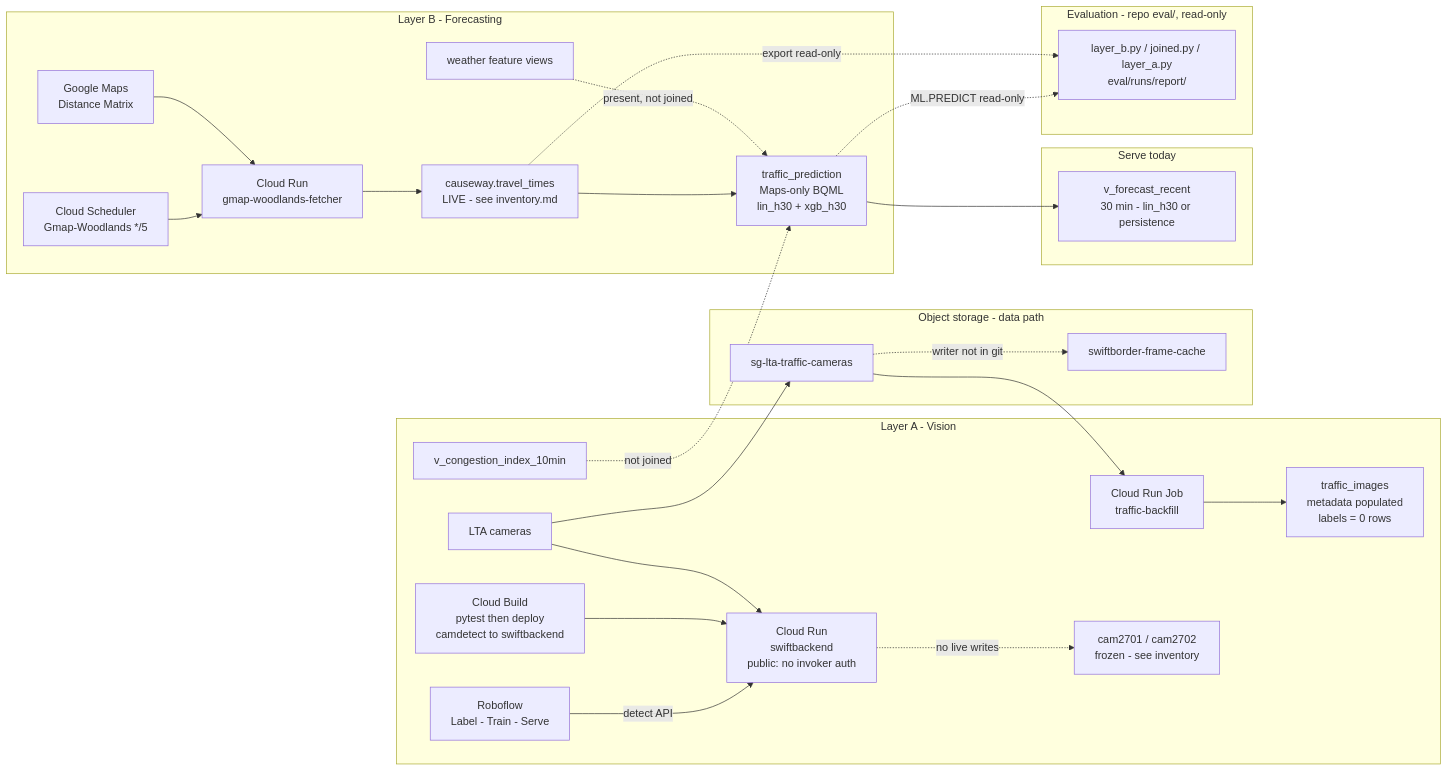
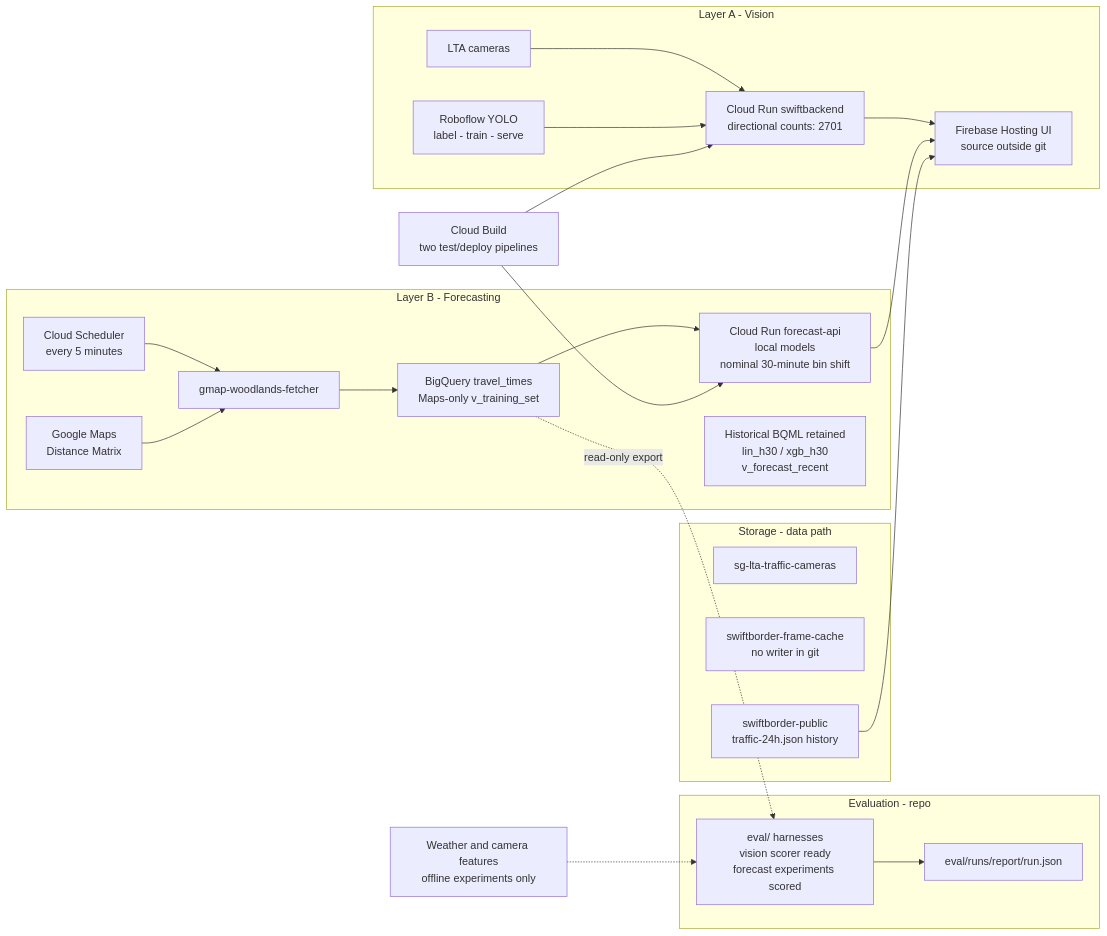
One commit to sozuken-max/swiftborder changed the first of 2 diagrams in docs/architecture.md. Above: the diagram before and after it, drawn with Mermaid. The commit also changed other lines of this file and 16 other files, not shown here.

First line of the commit message:
docs: final-report readiness review, inventory refresh, regenerated deck PNGs

````diff
--- a/docs/architecture.md
+++ b/docs/architecture.md
@@ -39,52 +39,28 @@
 ```mermaid
 flowchart LR
   subgraph LA["Layer A - Vision"]
-    LTA["LTA cameras"]
-    ROB["Roboflow<br/>Label - Train - Serve"]
-    GH["Cloud Build<br/>pytest then deploy<br/>camdetect to swiftbackend"]
-    SB["Cloud Run<br/>swiftbackend<br/>public: no invoker auth"]
-    JBF["Cloud Run Job<br/>traffic-backfill"]
-    TI["traffic_images<br/>metadata populated<br/>labels = 0 rows"]
-    C12["cam2701 / cam2702<br/>frozen - see inventory"]
-    ROB -->|"detect API"| SB
-    GH --> SB
-    LTA --> SB
-    JBF --> TI
-    SB -.->|"no live writes"| C12
-    VCI["v_congestion_index_10min"]
+    LTA["LTA cameras"] --> SB["Cloud Run swiftbackend<br/>directional counts: 2701"]
+    RF["Roboflow YOLO<br/>label - train - serve"] --> SB
+    SB --> UI["Firebase Hosting UI<br/>source outside git"]
   end
-
   subgraph LB["Layer B - Forecasting"]
-    SCH["Cloud Scheduler<br/>Gmap-Woodlands */5"]
-    GFN["Cloud Run<br/>gmap-woodlands-fetcher"]
-    TT["causeway.travel_times<br/>LIVE - see inventory.md"]
-    LBTP["traffic_prediction<br/>Maps-only BQML<br/>lin_h30 + xgb_h30"]
-    GMAP["Google Maps<br/>Distance Matrix"]
-    SCH --> GFN
-    GMAP --> GFN
-    GFN --> TT
-    TT --> LBTP
-    WX["weather feature views"] -.->|"present, not joined"| LBTP
+    SCH["Cloud Scheduler<br/>every 5 minutes"] --> ING["gmap-woodlands-fetcher"]
+    GM["Google Maps<br/>Distance Matrix"] --> ING
+    ING --> TT["BigQuery travel_times<br/>Maps-only v_training_set"]
+    TT --> API["Cloud Run forecast-api<br/>local models<br/>nominal 30-minute bin shift"]
+    API --> UI
+    OLD["Historical BQML retained<br/>lin_h30 / xgb_h30<br/>v_forecast_recent"]
   end
-
-  subgraph GCS["Object storage - data path"]
+  BUILD["Cloud Build<br/>two test/deploy pipelines"] --> SB
+  BUILD --> API
+  subgraph GCS["Storage - data path"]
     CAM["sg-lta-traffic-cameras"]
-    CACHE["swiftborder-frame-cache"]
+    CACHE["swiftborder-frame-cache<br/>no writer in git"]
+    PUB["swiftborder-public<br/>traffic-24h.json history"] --> UI
   end
-
-  subgraph SERVE["Serve today"]
-    VF["v_forecast_recent<br/>30 min - lin_h30 or persistence"]
+  subgraph EV["Evaluation - repo"]
+    HAR["eval/ harnesses<br/>vision scorer ready<br/>forecast experiments scored"] --> REP["eval/runs/report/run.json"]
   end
-
-  subgraph EVAL["Evaluation - repo eval/, read-only"]
-    HAR["layer_b.py / joined.py / layer_a.py<br/>eval/runs/report/"]
-  end
-
-  LTA --> CAM
-  CAM --> JBF
-  CAM -.->|"writer not in git"| CACHE
-  VCI -.->|"not joined"| LBTP
-  LBTP --> VF
-  LBTP -.->|"ML.PREDICT read-only"| HAR
-  TT -.->|"export read-only"| HAR
+  TT -.->|"read-only export"| HAR
+  UNUSED["Weather and camera features<br/>offline experiments only"] -.-> HAR
 ```
````
